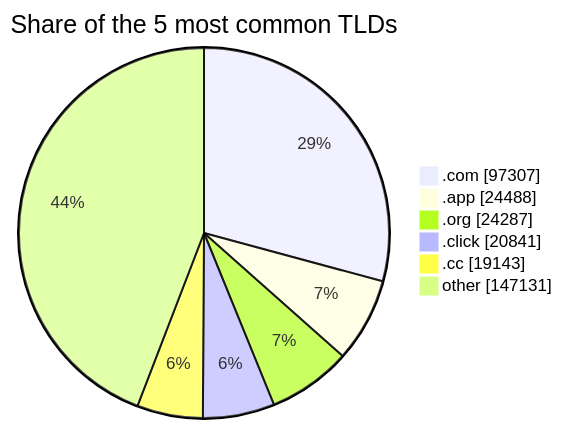
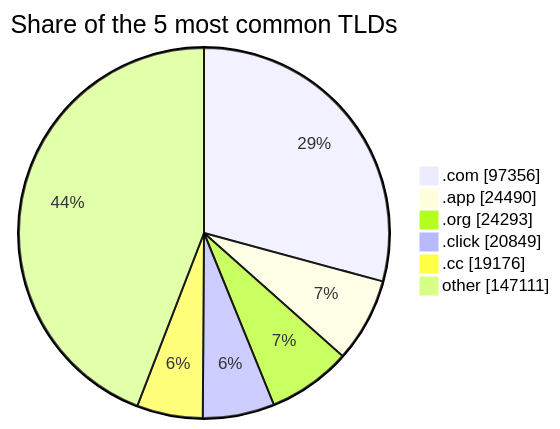
One commit to DNSBunker/CTI changed the third of 3 diagrams in README.md. Above: the diagram before and after it, drawn with Mermaid. The commit also changed other lines of this file and 4 other files, not shown here.

````diff
--- a/README.md
+++ b/README.md
@@ -81,9 +81,9 @@
 ```mermaid
 pie showData title Share of the 5 most common TLDs
-    ".com" : 97307
-    ".app" : 24488
-    ".org" : 24287
-    ".click" : 20841
-    ".cc" : 19143
-    "other" : 147131
+    ".com" : 97356
+    ".app" : 24490
+    ".org" : 24293
+    ".click" : 20849
+    ".cc" : 19176
+    "other" : 147111
 ```
````
